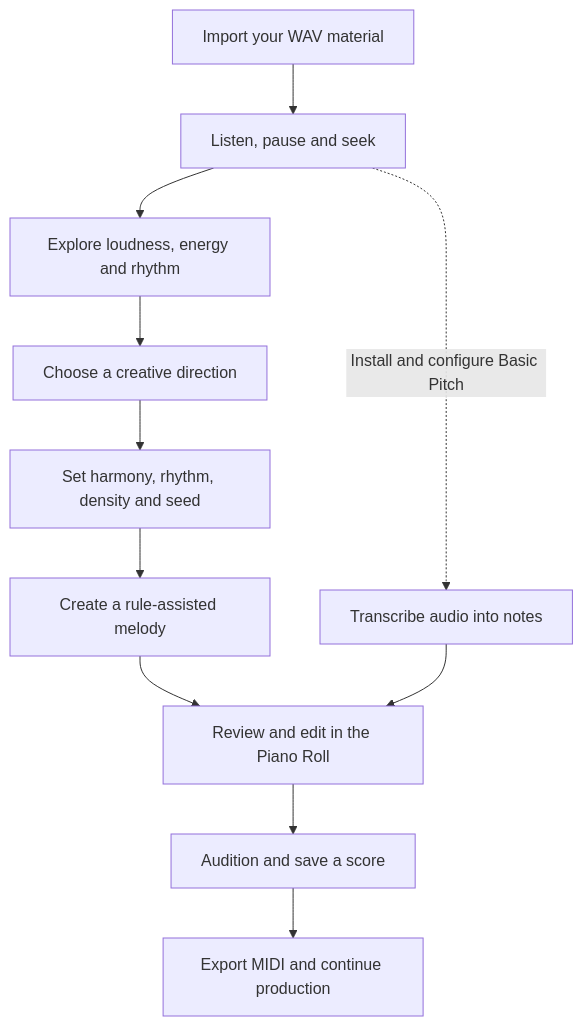
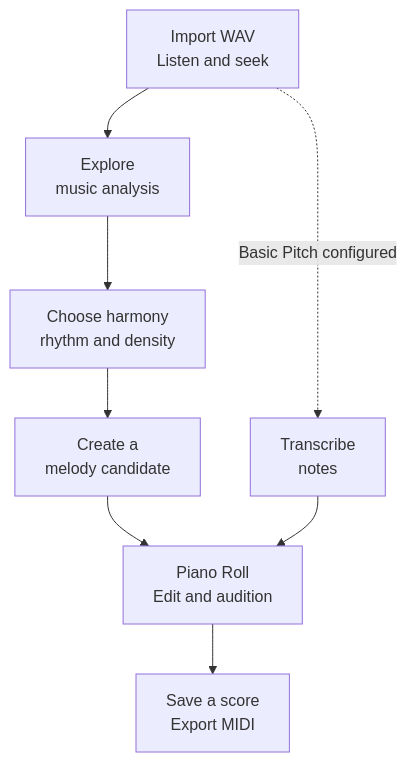
One commit to ryurikoneko/DAWLoop changed the first of 5 diagrams in README.en.md. Above: the diagram before and after it, drawn with Mermaid. The commit also changed other lines of this file and 12 other files, not shown here.

````diff
--- a/README.en.md
+++ b/README.en.md
@@ -41,13 +50,10 @@
 ```mermaid
 flowchart TD
-    A[Import your WAV material] --> B[Listen, pause and seek]
-    B --> C[Explore loudness, energy and rhythm]
-    C --> D[Choose a creative direction]
-    D --> E[Set harmony, rhythm, density and seed]
-    E --> F[Create a rule-assisted melody]
-    B -. Install and configure Basic Pitch .-> T[Transcribe audio into notes]
-    F --> G[Review and edit in the Piano Roll]
-    T --> G
-    G --> H[Audition and save a score]
-    H --> I[Export MIDI and continue production]
+    A[Import WAV<br/>Listen and seek] --> B[Explore<br/>music analysis]
+    B --> C[Choose harmony<br/>rhythm and density]
+    C --> D[Create a<br/>melody candidate]
+    A -. Basic Pitch configured .-> T[Transcribe<br/>notes]
+    D --> E[Piano Roll<br/>Edit and audition]
+    T --> E
+    E --> F[Save a score<br/>Export MIDI]
 ```
````
